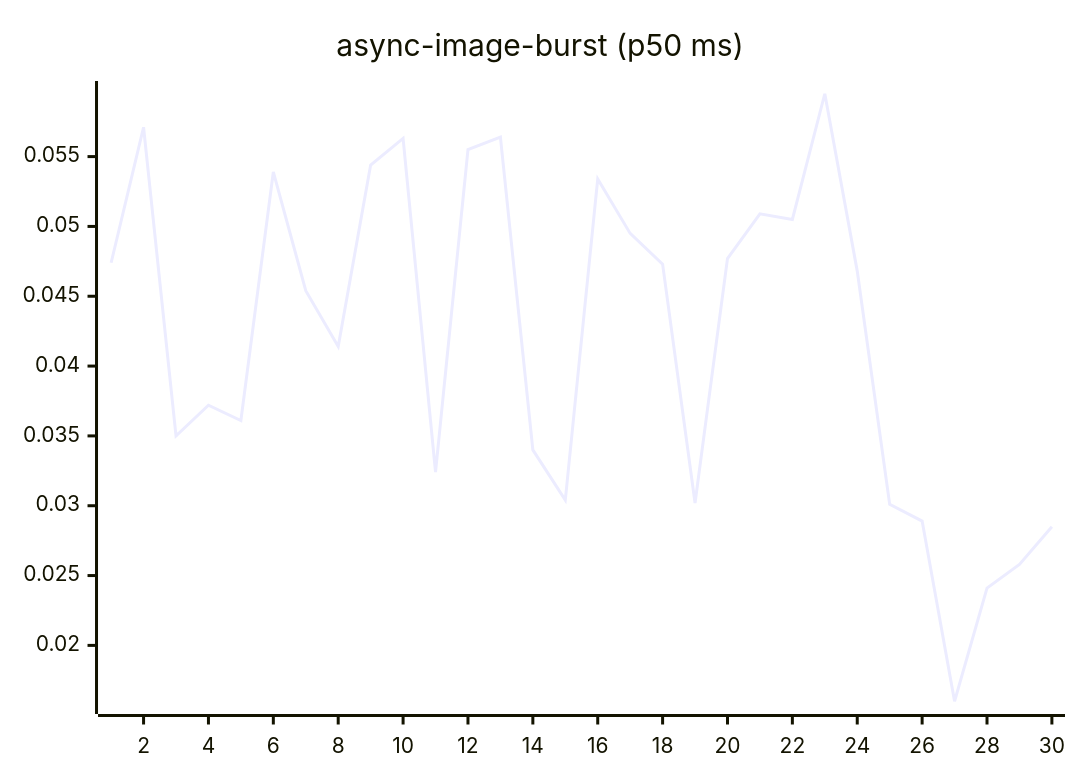
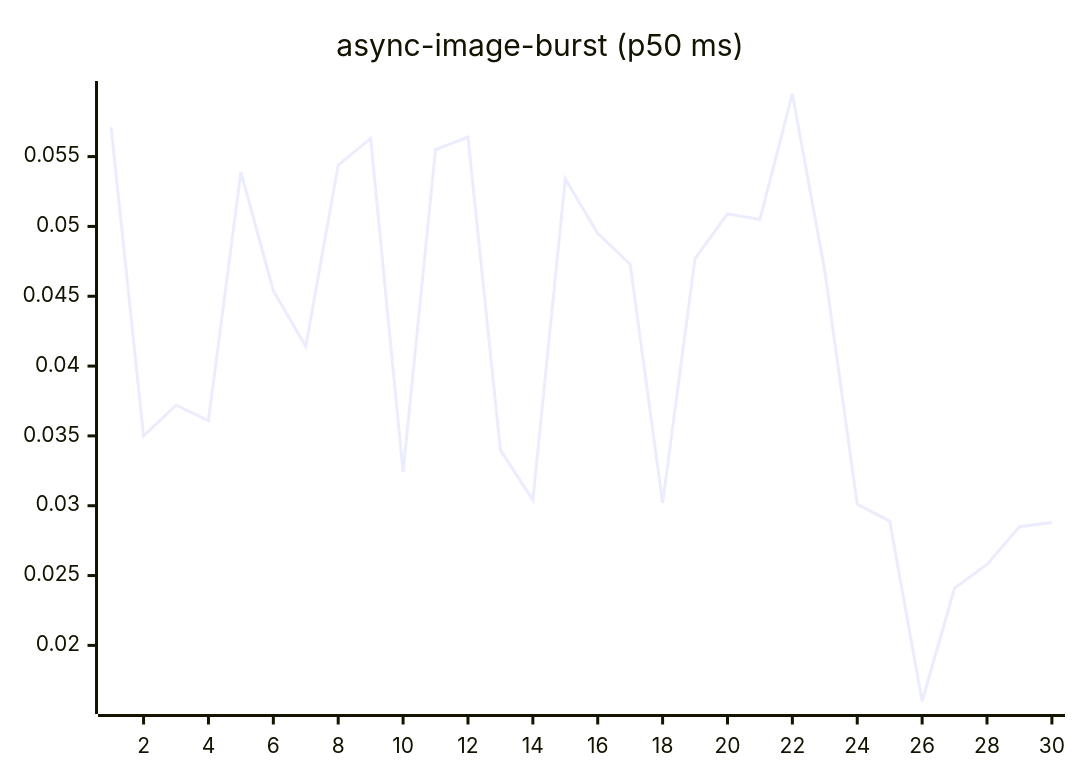
One commit to josha/Facet changed the fourth of 27 diagrams in README.md. Above: the diagram before and after it, drawn with Mermaid. The commit also changed other lines of this file and 2 other files, not shown here.

````diff
--- a/README.md
+++ b/README.md
@@ -84,6 +84,6 @@
 ```mermaid
 xychart-beta
     title "async-image-burst (p50 ms)"
     x-axis 1 --> 30
-    line [0.0474, 0.0571, 0.0350, 0.0372, 0.0361, 0.0539, 0.0454, 0.0414, 0.0544, 0.0563, 0.0324, 0.0555, 0.0564, 0.0340, 0.0304, 0.0534, 0.0495, 0.0473, 0.0302, 0.0477, 0.0509, 0.0505, 0.0595, 0.0468, 0.0301, 0.0289, 0.0160, 0.0241, 0.0258, 0.0285]
+    line [0.0571, 0.0350, 0.0372, 0.0361, 0.0539, 0.0454, 0.0414, 0.0544, 0.0563, 0.0324, 0.0555, 0.0564, 0.0340, 0.0304, 0.0534, 0.0495, 0.0473, 0.0302, 0.0477, 0.0509, 0.0505, 0.0595, 0.0468, 0.0301, 0.0289, 0.0160, 0.0241, 0.0258, 0.0285, 0.0288]
 ```
````
